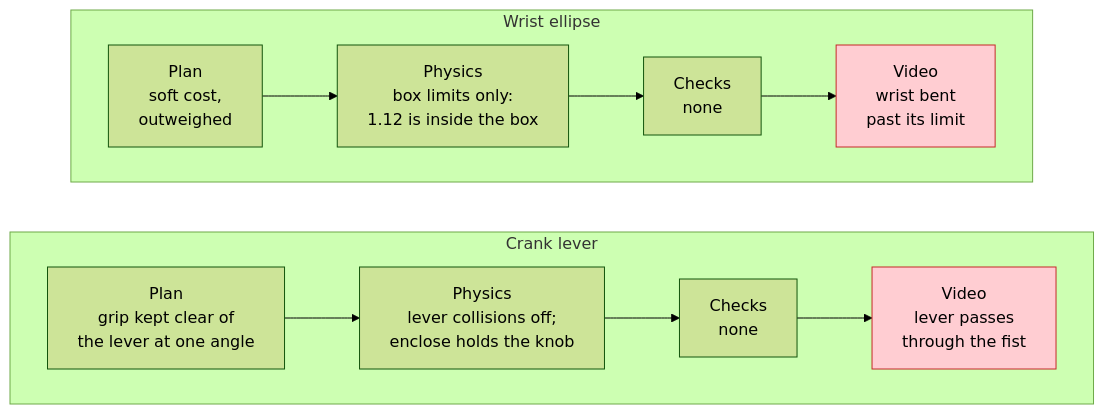
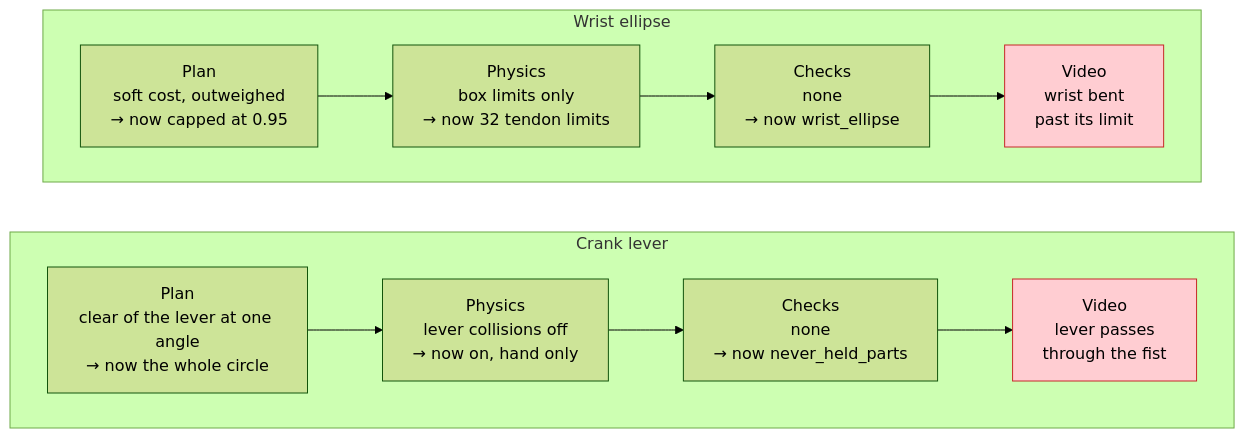
The fifth of 5 diagrams in docs/moonshot/physics.md (debola31/Jigged), drawn with Mermaid (forest theme) before and after one commit. The commit also changed other lines of this file and 4 other files, not shown here.

First line of the commit message:
docs(moonshot): physics.md as of the re-planned take: wrist and crank hold, skin fails

````diff
--- a/docs/moonshot/physics.md
+++ b/docs/moonshot/physics.md
@@ -145,13 +155,13 @@
 ```mermaid
 flowchart TB
     subgraph W["Wrist ellipse"]
         direction LR
-        W1["Plan<br/>soft cost,<br/>outweighed"] --> W2["Physics<br/>box limits only:<br/>1.12 is inside the box"] --> W3["Checks<br/>none"] --> W4["Video<br/>wrist bent<br/>past its limit"]:::bad
+        W1["Plan<br/>soft cost, outweighed<br/>→ now capped at 0.95"] --> W2["Physics<br/>box limits only<br/>→ now 32 tendon limits"] --> W3["Checks<br/>none<br/>→ now wrist_ellipse"] --> W4["Video<br/>wrist bent<br/>past its limit"]:::bad
     end
     subgraph L["Crank lever"]
         direction LR
-        L1["Plan<br/>grip kept clear of<br/>the lever at one angle"] --> L2["Physics<br/>lever collisions off;<br/>enclose holds the knob"] --> L3["Checks<br/>none"] --> L4["Video<br/>lever passes<br/>through the fist"]:::bad
+        L1["Plan<br/>clear of the lever at one angle<br/>→ now the whole circle"] --> L2["Physics<br/>lever collisions off<br/>→ now on, hand only"] --> L3["Checks<br/>none<br/>→ now never_held_parts"] --> L4["Video<br/>lever passes<br/>through the fist"]:::bad
     end
     W ~~~ L
     classDef bad fill:#ffcdd2,stroke:#c62828,color:#000
 ```
````
